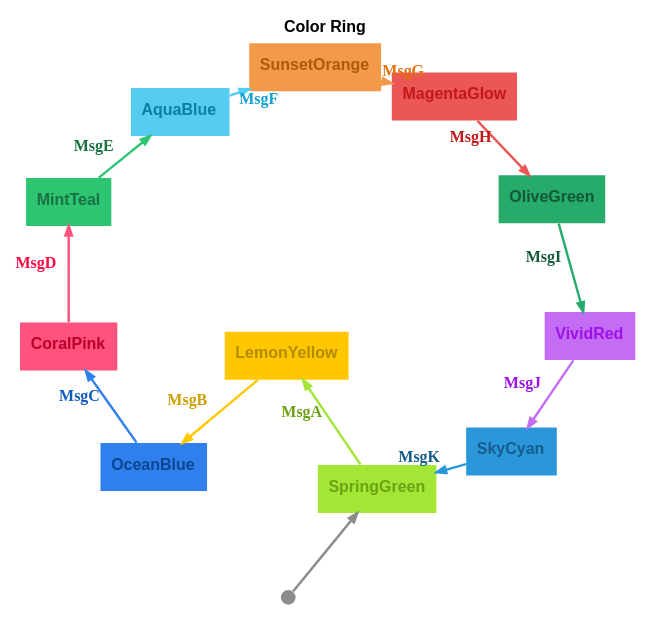
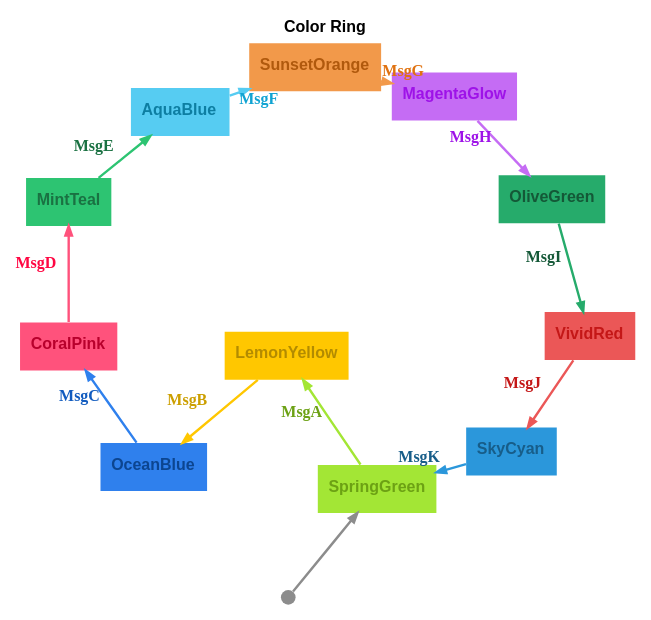
The diagram in graphs/color-ring.dot (m-bock/purescript-transit), drawn with Graphviz before and after one commit. The commit also changed 7 other files, not shown here.

```diff
--- a/graphs/color-ring.dot
+++ b/graphs/color-ring.dot
@@ -1,29 +1,29 @@
 digraph 
 {
 rankdir = "TD";fontname = "Arial";label = <<b>Color Ring</b>>;labelloc = "t";fontsize = 12;bgcolor = "#ffffff"
 graph [layout=sfdp;overlap=false, K=2.5, repulsiveforce=4, splines=true];
 SpringGreen [shape = "box", label = <<b>SpringGreen</b>>, fontsize = 12, style = "filled", fillcolor = "#a3e635", fontcolor = "#6ca114", fontname = "Arial", labelloc = "c", penwidth = 0.0]
 __Start__ [shape = "circle", label = "", width = 0.15, height = 0.15, fixedsize = true, style = "filled", fillcolor = "#8c8c8c", penwidth = 0.0]
 __Start__ -> SpringGreen [color = "#8c8c8c", fontsize = 12, arrowsize = "0.7", penwidth = 1.8]
 SpringGreen -> LemonYellow [color = "#a3e635", fontcolor = "#6ca114", fontsize = 12, arrowsize = "0.7", label = <<b>MsgA</b>>, penwidth = 1.8]
 LemonYellow [shape = "box", label = <<b>LemonYellow</b>>, fontsize = 12, style = "filled", fillcolor = "#ffc700", fontcolor = "#b38b00", fontname = "Arial", labelloc = "c", penwidth = 0.0]
 LemonYellow -> OceanBlue [color = "#ffc700", fontcolor = "#cc9f00", fontsize = 12, arrowsize = "0.7", label = <<b>MsgB</b>>, penwidth = 1.8]
 OceanBlue [shape = "box", label = <<b>OceanBlue</b>>, fontsize = 12, style = "filled", fillcolor = "#2f80ed", fontcolor = "#0c4590", fontname = "Arial", labelloc = "c", penwidth = 0.0]
 OceanBlue -> CoralPink [color = "#2f80ed", fontcolor = "#115bbf", fontsize = 12, arrowsize = "0.7", label = <<b>MsgC</b>>, penwidth = 1.8]
 CoralPink [shape = "box", label = <<b>CoralPink</b>>, fontsize = 12, style = "filled", fillcolor = "#ff527c", fontcolor = "#b8002c", fontname = "Arial", labelloc = "c", penwidth = 0.0]
 CoralPink -> MintTeal [color = "#ff527c", fontcolor = "#ff0642", fontsize = 12, arrowsize = "0.7", label = <<b>MsgD</b>>, penwidth = 1.8]
 MintTeal [shape = "box", label = <<b>MintTeal</b>>, fontsize = 12, style = "filled", fillcolor = "#2dc472", fontcolor = "#1a7142", fontname = "Arial", labelloc = "c", penwidth = 0.0]
 MintTeal -> AquaBlue [color = "#2dc472", fontcolor = "#1a7142", fontsize = 12, arrowsize = "0.7", label = <<b>MsgE</b>>, penwidth = 1.8]
 AquaBlue [shape = "box", label = <<b>AquaBlue</b>>, fontsize = 12, style = "filled", fillcolor = "#56ccf2", fontcolor = "#0d7ea2", fontname = "Arial", labelloc = "c", penwidth = 0.0]
 AquaBlue -> SunsetOrange [color = "#56ccf2", fontcolor = "#10a3d2", fontsize = 12, arrowsize = "0.7", label = <<b>MsgF</b>>, penwidth = 1.8]
 SunsetOrange [shape = "box", label = <<b>SunsetOrange</b>>, fontsize = 12, style = "filled", fillcolor = "#f2994a", fontcolor = "#b0590d", fontname = "Arial", labelloc = "c", penwidth = 0.0]
 SunsetOrange -> MagentaGlow [color = "#f2994a", fontcolor = "#e07210", fontsize = 12, arrowsize = "0.7", label = <<b>MsgG</b>>, penwidth = 1.8]
-MagentaGlow [shape = "box", label = <<b>MagentaGlow</b>>, fontsize = 12, style = "filled", fillcolor = "#eb5757", fontcolor = "#c41717", fontname = "Arial", labelloc = "c", penwidth = 0.0]
-MagentaGlow -> OliveGreen [color = "#eb5757", fontcolor = "#c41717", fontsize = 12, arrowsize = "0.7", label = <<b>MsgH</b>>, penwidth = 1.8]
+MagentaGlow [shape = "box", label = <<b>MagentaGlow</b>>, fontsize = 12, style = "filled", fillcolor = "#c56cf4", fontcolor = "#9e12e8", fontname = "Arial", labelloc = "c", penwidth = 0.0]
+MagentaGlow -> OliveGreen [color = "#c56cf4", fontcolor = "#9e12e8", fontsize = 12, arrowsize = "0.7", label = <<b>MsgH</b>>, penwidth = 1.8]
 OliveGreen [shape = "box", label = <<b>OliveGreen</b>>, fontsize = 12, style = "filled", fillcolor = "#26ab6b", fontcolor = "#145837", fontname = "Arial", labelloc = "c", penwidth = 0.0]
 OliveGreen -> VividRed [color = "#26ab6b", fontcolor = "#145837", fontsize = 12, arrowsize = "0.7", label = <<b>MsgI</b>>, penwidth = 1.8]
-VividRed [shape = "box", label = <<b>VividRed</b>>, fontsize = 12, style = "filled", fillcolor = "#c56cf4", fontcolor = "#9e12e8", fontname = "Arial", labelloc = "c", penwidth = 0.0]
-VividRed -> SkyCyan [color = "#c56cf4", fontcolor = "#9e12e8", fontsize = 12, arrowsize = "0.7", label = <<b>MsgJ</b>>, penwidth = 1.8]
+VividRed [shape = "box", label = <<b>VividRed</b>>, fontsize = 12, style = "filled", fillcolor = "#eb5757", fontcolor = "#c41717", fontname = "Arial", labelloc = "c", penwidth = 0.0]
+VividRed -> SkyCyan [color = "#eb5757", fontcolor = "#c41717", fontsize = 12, arrowsize = "0.7", label = <<b>MsgJ</b>>, penwidth = 1.8]
 SkyCyan [shape = "box", label = <<b>SkyCyan</b>>, fontsize = 12, style = "filled", fillcolor = "#2b97db", fontcolor = "#175d89", fontname = "Arial", labelloc = "c", penwidth = 0.0]
 SkyCyan -> SpringGreen [color = "#2b97db", fontcolor = "#175d89", fontsize = 12, arrowsize = "0.7", label = <<b>MsgK</b>>, penwidth = 1.8]
 }
```
